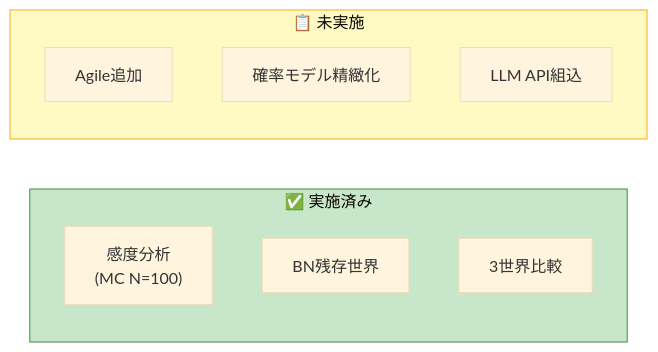
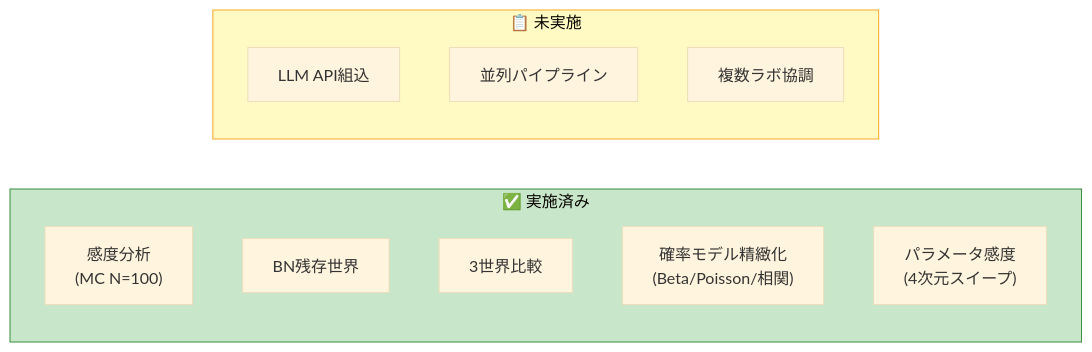
The first of 3 diagrams in docs/wiki/Future-Work.md (Taiyou/DeSciTokyo), drawn with Mermaid (base theme) before and after one commit. The commit also changed other lines of this file and 32 other files, not shown here.

````diff
--- a/docs/wiki/Future-Work.md
+++ b/docs/wiki/Future-Work.md
@@ -23,15 +23,17 @@
 ```mermaid
 graph LR
     subgraph Done["✅ 実施済み"]
         D1["感度分析<br/>(MC N=100)"]
         D2["BN残存世界"]
         D3["3世界比較"]
+        D4["確率モデル精緻化<br/>(Beta/Poisson/相関)"]
+        D5["パラメータ感度<br/>(4次元スイープ)"]
     end
     subgraph Remain["📋 未実施"]
-        R1["Agile追加"]
-        R2["確率モデル精緻化"]
-        R3["LLM API組込"]
+        R1["LLM API組込"]
+        R2["並列パイプライン"]
+        R3["複数ラボ協調"]
     end
     style Done fill:#c8e6c9,stroke:#388E3C
     style Remain fill:#fff9c4,stroke:#f9a825
 ```
````
